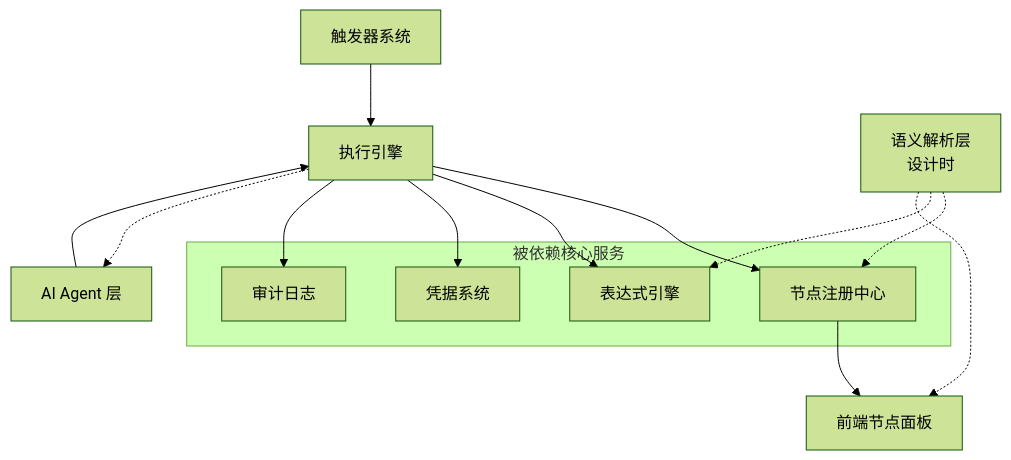
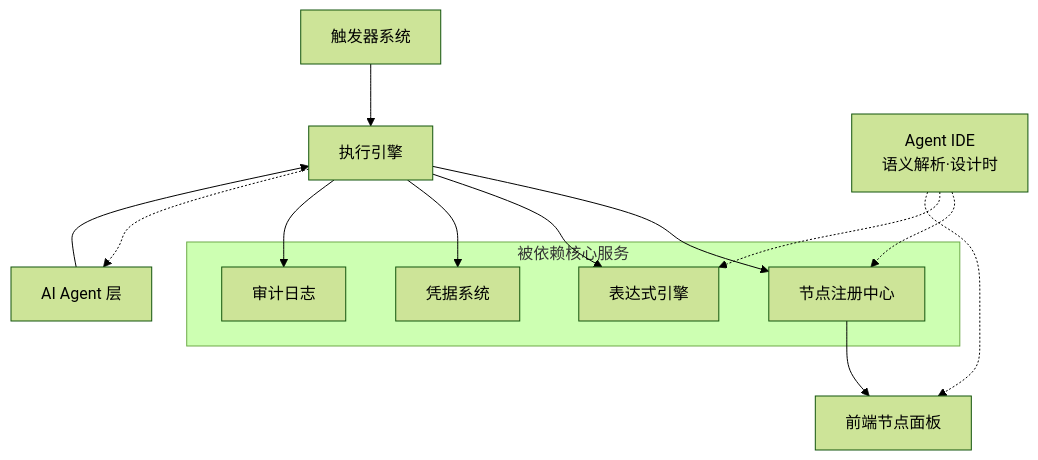
Before and after one commit to maddemon/workflow_engine: the first of 2 diagrams in docs/architecture/overview.md, drawn with Mermaid (forest theme). The commit also changed other lines of this file and 69 other files, not shown here.

````diff
--- a/docs/architecture/overview.md
+++ b/docs/architecture/overview.md
@@ -120,24 +120,24 @@
 ```mermaid
 flowchart TD
     subgraph 被依赖核心服务
         A[节点注册中心]
         D[表达式引擎]
         E[凭据系统]
         F[审计日志]
     end
 
     B[执行引擎] --> A
     B --> D
     B --> E
     B --> F
 
     G[触发器系统] --> B
     H[AI Agent 层] --> B
     B -.-> H
 
     A --> C[前端节点面板]
 
-    I[语义解析层<br/>设计时] -.-> A
+    I[Agent IDE<br/>语义解析·设计时] -.-> A
     I -.-> D
     I -.-> C
 ```
````
